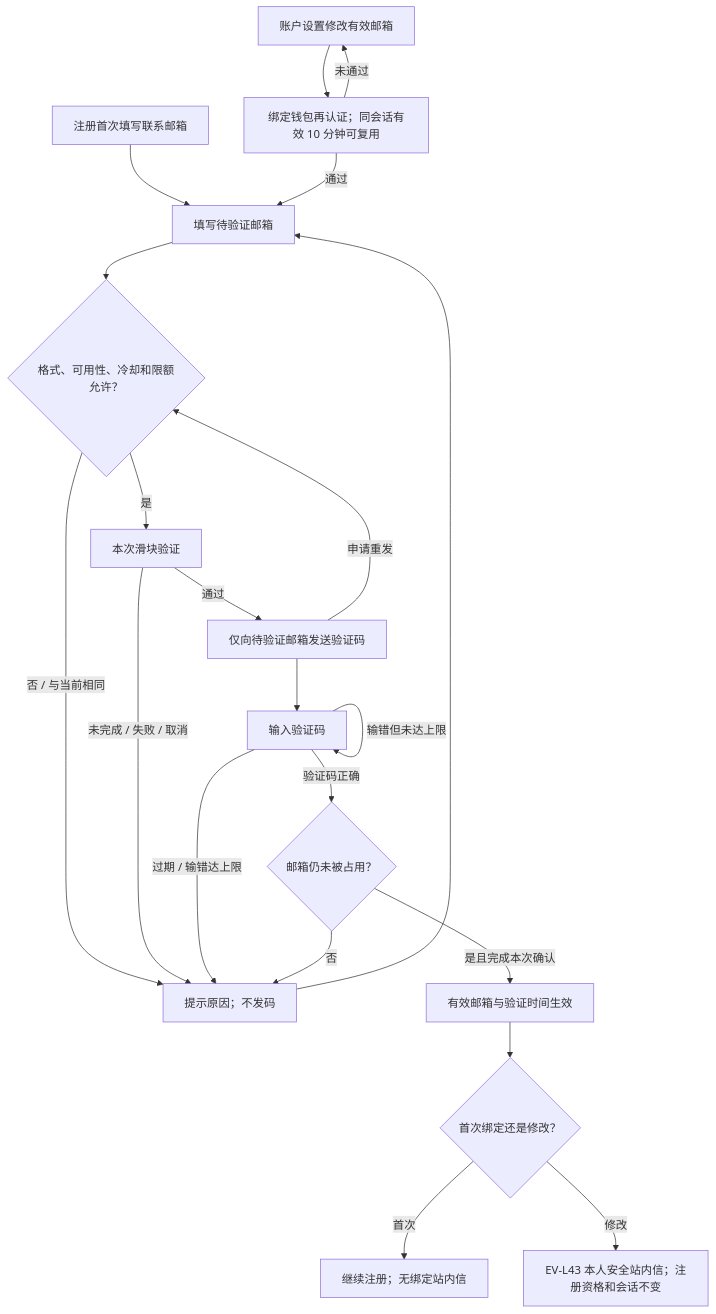
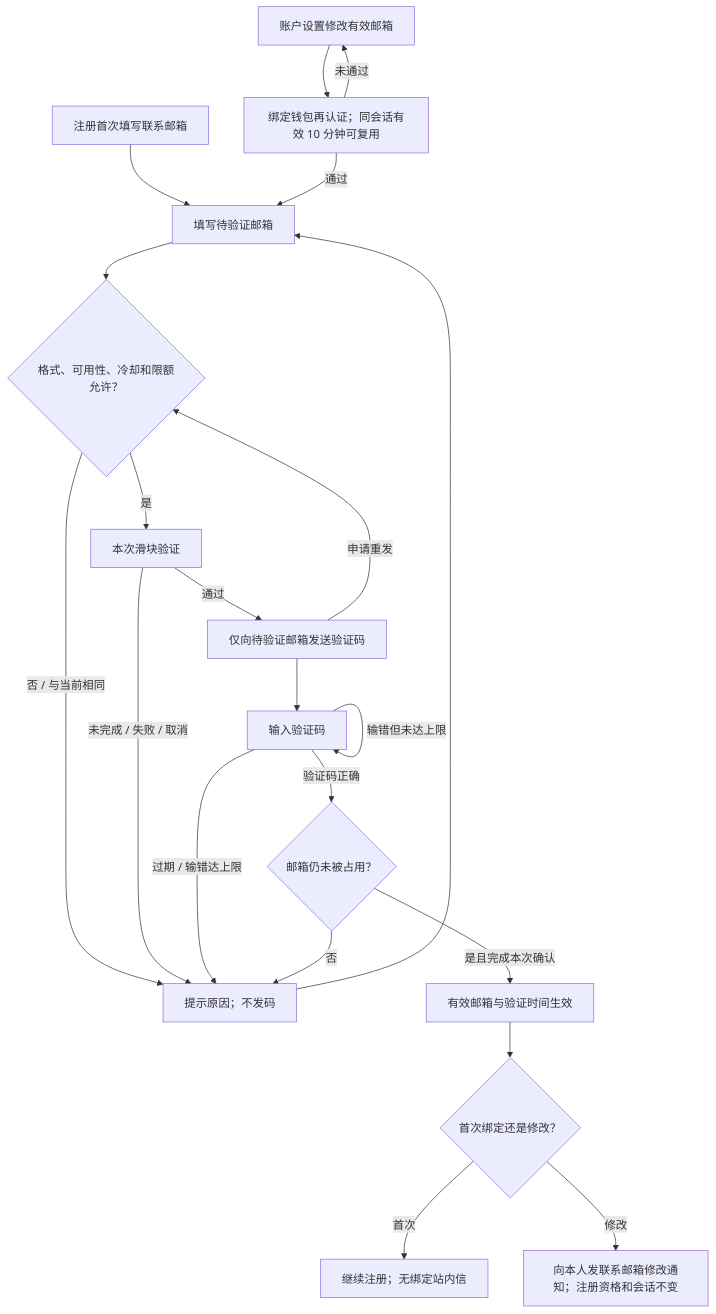
One commit to wxblockchain/Chain-Financing changed the fourth of 9 diagrams in lending-platform/PRD/v2.0-登录与账户体系/02-资金方登录与账户体系-流程图与状态机.md. Above: the diagram before and after it, drawn with Mermaid. The commit also changed other lines of this file and 2 other files, not shown here.

````diff
--- a/lending-platform/PRD/v2.0-登录与账户体系/02-资金方登录与账户体系-流程图与状态机.md
+++ b/lending-platform/PRD/v2.0-登录与账户体系/02-资金方登录与账户体系-流程图与状态机.md
@@ -99,23 +99,23 @@
 ```mermaid
 flowchart TD
     A[注册首次填写联系邮箱] --> C[填写待验证邮箱]
     B[账户设置修改有效邮箱] --> R[绑定钱包再认证；同会话有效 10 分钟可复用]
     R -->|未通过| B
     R -->|通过| C
     C --> D{格式、可用性、冷却和限额允许？}
     D -->|否 / 与当前相同| E[提示原因；不发码]
     E --> C
     D -->|是| F[本次滑块验证]
     F -->|未完成 / 失败 / 取消| E
     F -->|通过| G[仅向待验证邮箱发送验证码]
     G -->|申请重发| D
     G --> H[输入验证码]
     H -->|过期 / 输错达上限| E
     H -->|输错但未达上限| H
     H -->|验证码正确| I{邮箱仍未被占用？}
     I -->|否| E
     I -->|是且完成本次确认| J[有效邮箱与验证时间生效]
     J --> K{首次绑定还是修改？}
     K -->|首次| L[继续注册；无绑定站内信]
-    K -->|修改| M[EV-L43 本人安全站内信；注册资格和会话不变]
+    K -->|修改| M[向本人发联系邮箱修改通知；注册资格和会话不变]
 ```
````
